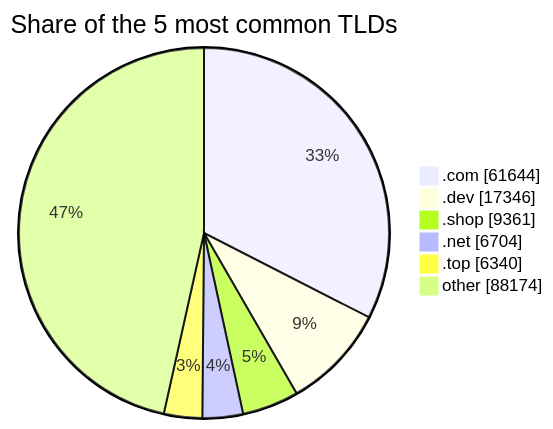
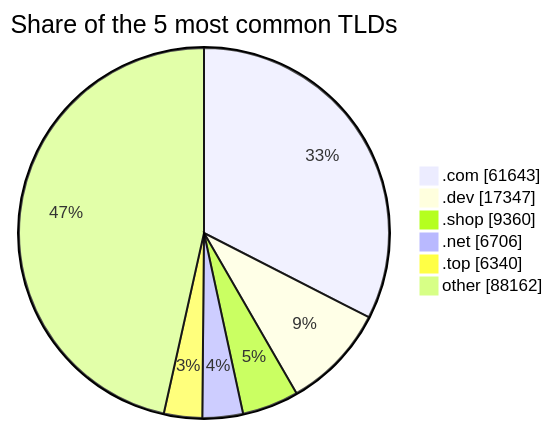
The third of 3 diagrams in README.md (DNSBunker/CTI), drawn with Mermaid before and after one commit. The commit also changed other lines of this file and 3 other files, not shown here.

````diff
--- a/README.md
+++ b/README.md
@@ -81,9 +81,9 @@
 ```mermaid
 pie showData title Share of the 5 most common TLDs
-    ".com" : 61644
-    ".dev" : 17346
-    ".shop" : 9361
-    ".net" : 6704
+    ".com" : 61643
+    ".dev" : 17347
+    ".shop" : 9360
+    ".net" : 6706
     ".top" : 6340
-    "other" : 88174
+    "other" : 88162
 ```
````
